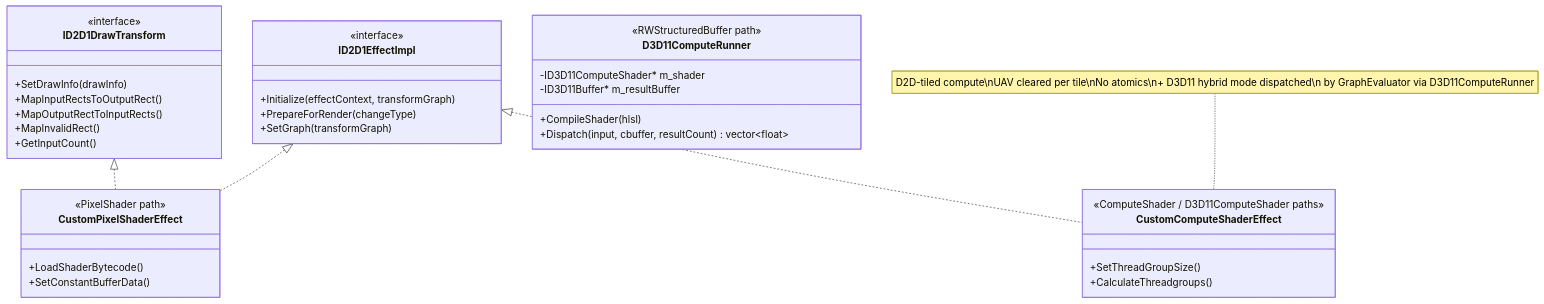
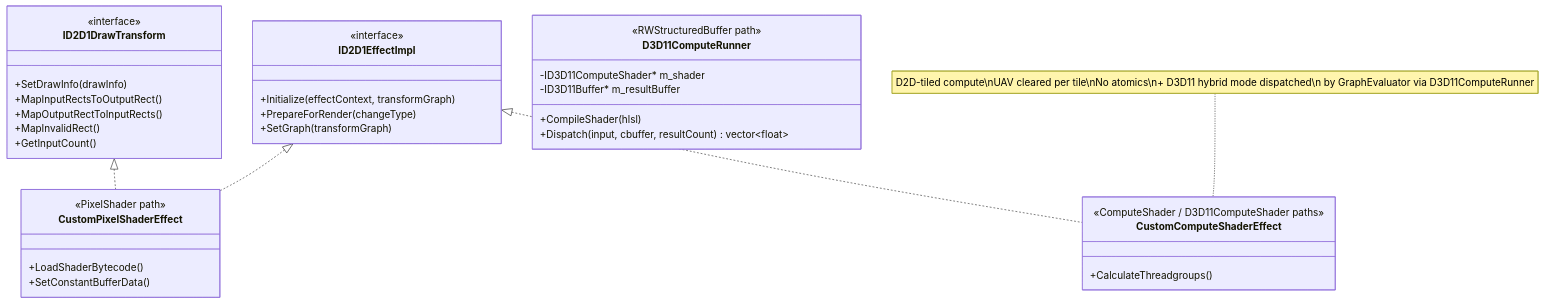
The first of 2 diagrams in docs/architecture/d2d-d3d11-hybrid-compute.md (Spruill-1/ShaderLab), drawn with Mermaid before and after one commit. The commit also changed other lines of this file and 356 other files, not shown here.

````diff
--- a/docs/architecture/d2d-d3d11-hybrid-compute.md
+++ b/docs/architecture/d2d-d3d11-hybrid-compute.md
@@ -22,44 +22,43 @@
 ```mermaid
 classDiagram
     class ID2D1EffectImpl {
         <<interface>>
         +Initialize(effectContext, transformGraph)
         +PrepareForRender(changeType)
         +SetGraph(transformGraph)
     }
 
     class ID2D1DrawTransform {
         <<interface>>
         +SetDrawInfo(drawInfo)
         +MapInputRectsToOutputRect()
         +MapOutputRectToInputRects()
         +MapInvalidRect()
         +GetInputCount()
     }
 
     class D3D11ComputeRunner {
         <<RWStructuredBuffer<float4> path>>
         -ID3D11ComputeShader* m_shader
         -ID3D11Buffer* m_resultBuffer
         +CompileShader(hlsl)
         +Dispatch(input, cbuffer, resultCount) vector~float~
     }
 
     class CustomPixelShaderEffect {
         <<PixelShader path>>
         +LoadShaderBytecode()
         +SetConstantBufferData()
     }
 
     class CustomComputeShaderEffect {
         <<ComputeShader / D3D11ComputeShader paths>>
-        +SetThreadGroupSize()
         +CalculateThreadgroups()
     }
 
     ID2D1EffectImpl <|.. CustomPixelShaderEffect
     ID2D1DrawTransform <|.. CustomPixelShaderEffect
     ID2D1EffectImpl <|.. CustomComputeShaderEffect
 
     note for CustomComputeShaderEffect "D2D-tiled compute\nUAV cleared per tile\nNo atomics\n+ D3D11 hybrid mode dispatched\n by GraphEvaluator via D3D11ComputeRunner"
 ```
````
